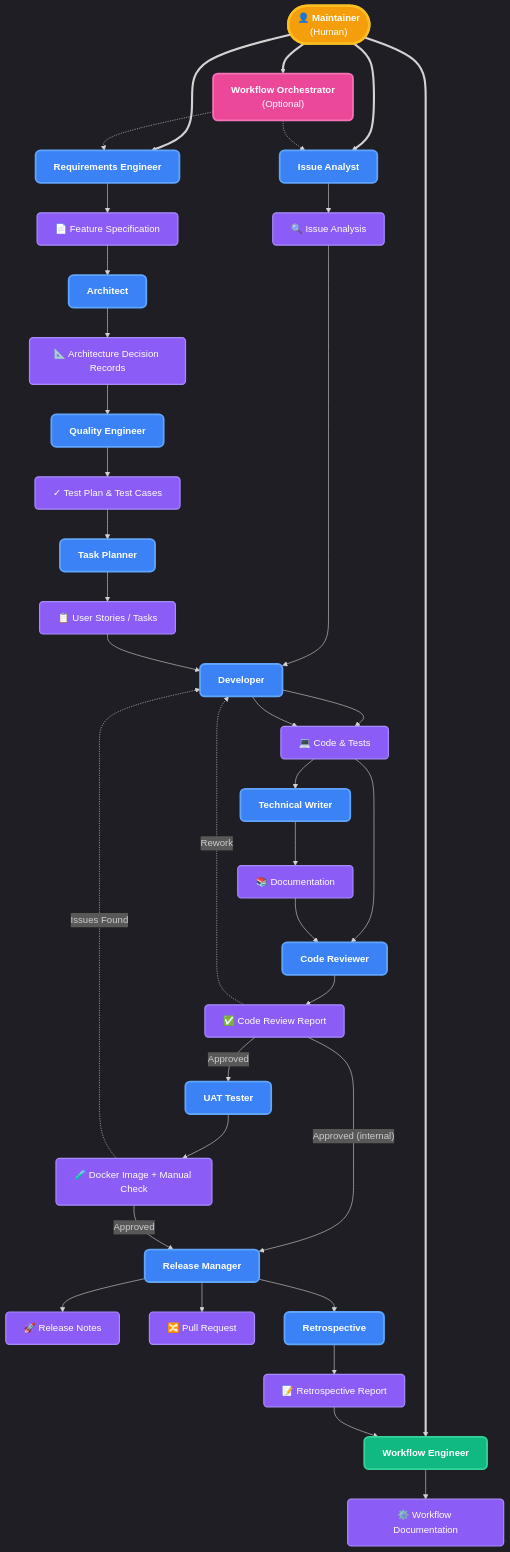
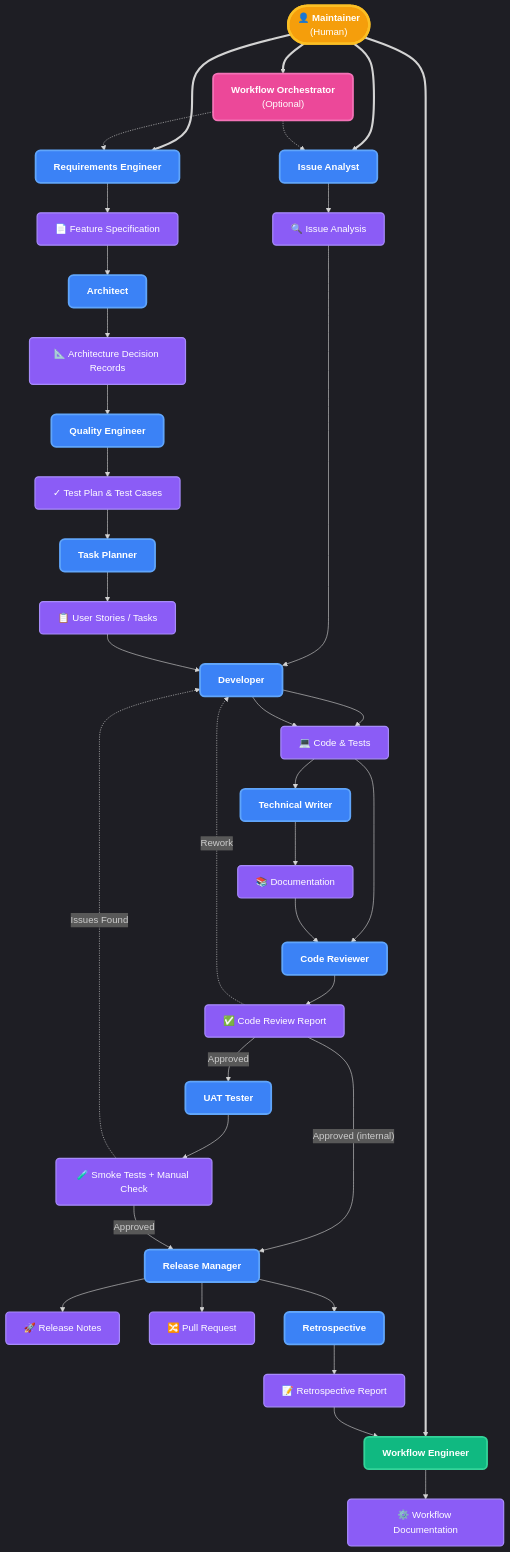
One commit to StanislavMakhrov/green-ledger changed the diagram in docs/agents.md. Above: the diagram before and after it, drawn with Mermaid. The commit also changed other lines of this file and 7 other files, not shown here.

Commit message:
ci: rework UAT tester to write smoke tests and update CI pipeline

```diff
--- a/docs/agents.md
+++ b/docs/agents.md
@@ -232,7 +232,7 @@
 	UAT_AGENT["<b>UAT Tester</b>"]
 
 	%% Row 16: UAT Artifacts
-	UAT["🧪 Docker Image + Manual Check"]
+	UAT["🧪 Smoke Tests + Manual Check"]
 
 	%% Row 17: Release Manager
 	RM["<b>Release Manager</b>"]
```
